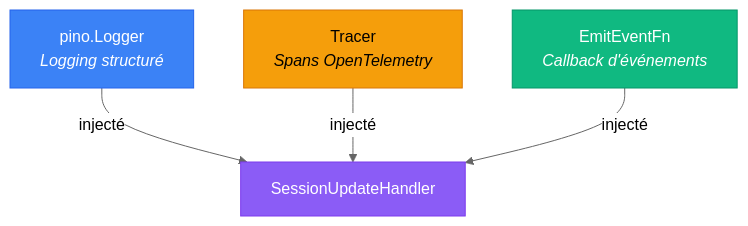
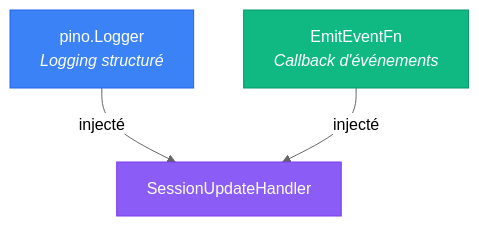
The seventh of 7 diagrams in docs/components/session-update-handler.md (atinseau/stark), drawn with Mermaid (neutral theme) before and after one commit. The commit also changed other lines of this file and 13 other files, not shown here.

````diff
--- a/docs/components/session-update-handler.md
+++ b/docs/components/session-update-handler.md
@@ -666,17 +547,14 @@
 ```mermaid
 graph TD
     SUH["SessionUpdateHandler"]
 
     L["pino.Logger<br/><em>Logging structuré</em>"]
-    T["Tracer<br/><em>Spans OpenTelemetry</em>"]
     E["EmitEventFn<br/><em>Callback d'événements</em>"]
 
     L -->|injecté| SUH
-    T -->|injecté| SUH
     E -->|injecté| SUH
 
     style SUH fill:#8b5cf6,stroke:#7c3aed,color:#fff
     style L fill:#3b82f6,stroke:#2563eb,color:#fff
-    style T fill:#f59e0b,stroke:#d97706
     style E fill:#10b981,stroke:#059669,color:#fff
 ```
````
